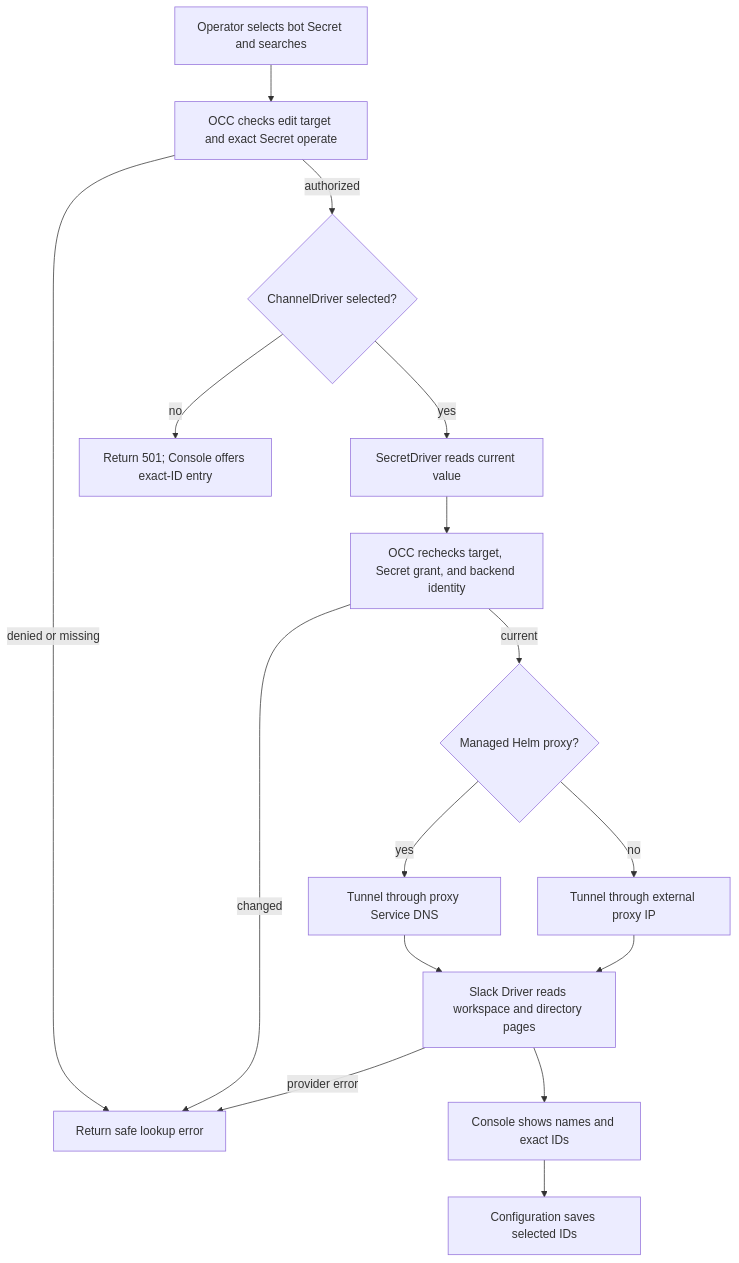
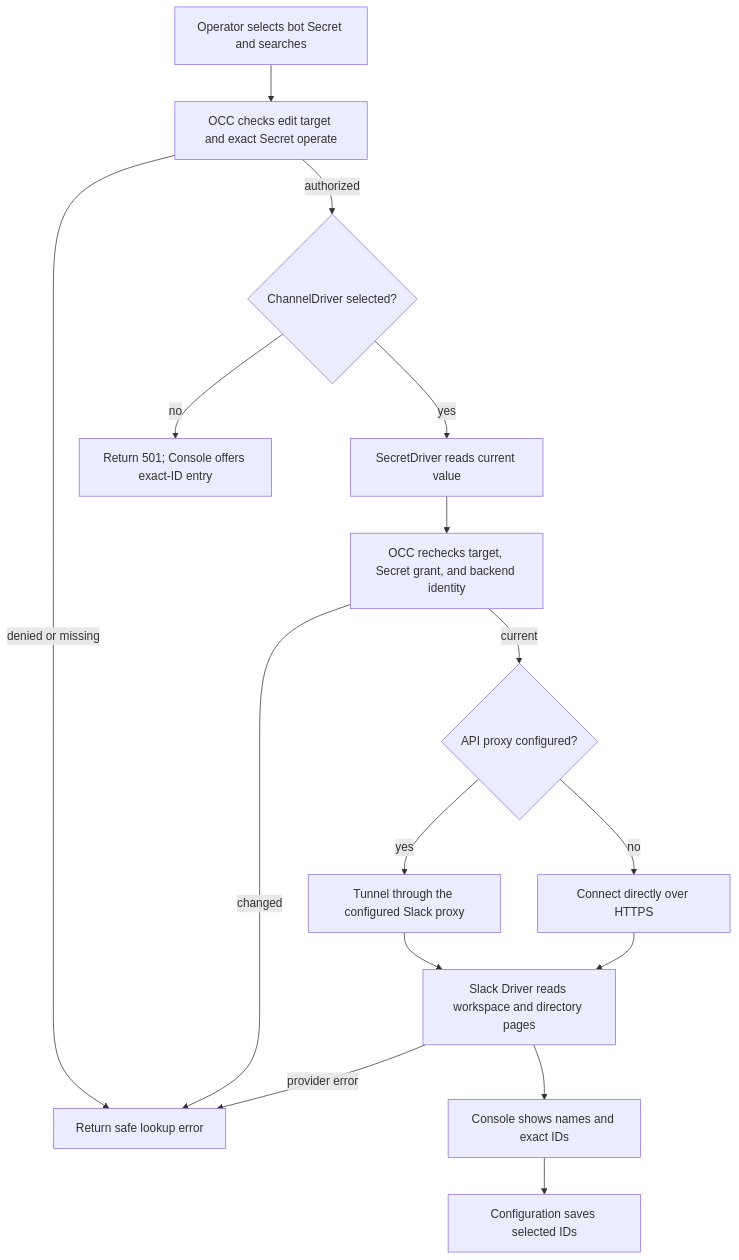
Before and after one commit to openclaw/openclaw-enterprise: the diagram in docs/flows/agent-channel-directory.md, drawn with Mermaid. The commit also changed other lines of this file and 57 other files, not shown here.

````diff
--- a/docs/flows/agent-channel-directory.md
+++ b/docs/flows/agent-channel-directory.md
@@ -30,18 +30,18 @@
 ```mermaid
 graph TD
   A["Operator selects bot Secret and searches"] --> B["OCC checks edit target and exact Secret operate"]
   B -->|denied or missing| X["Return safe lookup error"]
   B -->|authorized| P{"ChannelDriver selected?"}
   P -->|no| U["Return 501; Console offers exact-ID entry"]
   P -->|yes| C["SecretDriver reads current value"]
   C --> D["OCC rechecks target, Secret grant, and backend identity"]
   D -->|changed| X
-  D -->|current| M{"Managed Helm proxy?"}
-  M -->|yes| H["Tunnel through proxy Service DNS"]
-  M -->|no| I["Tunnel through external proxy IP"]
+  D -->|current| M{"API proxy configured?"}
+  M -->|yes| H["Tunnel through the configured Slack proxy"]
+  M -->|no| I["Connect directly over HTTPS"]
   H --> E["Slack Driver reads workspace and directory pages"]
   I --> E
   E -->|provider error| X
   E --> F["Console shows names and exact IDs"]
   F --> G["Configuration saves selected IDs"]
 ```
````
